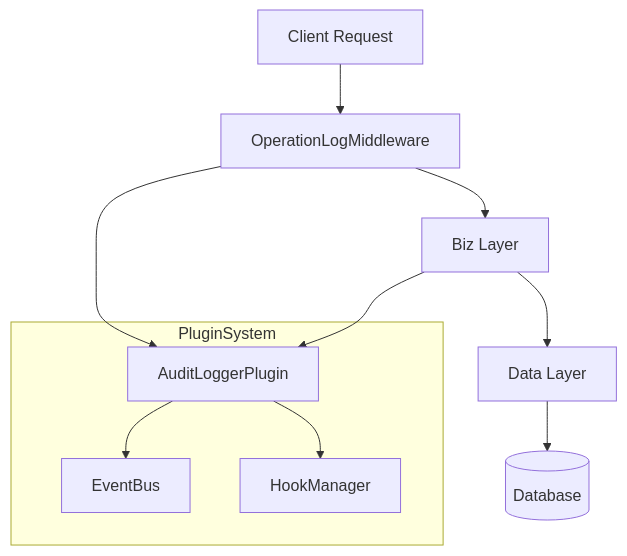
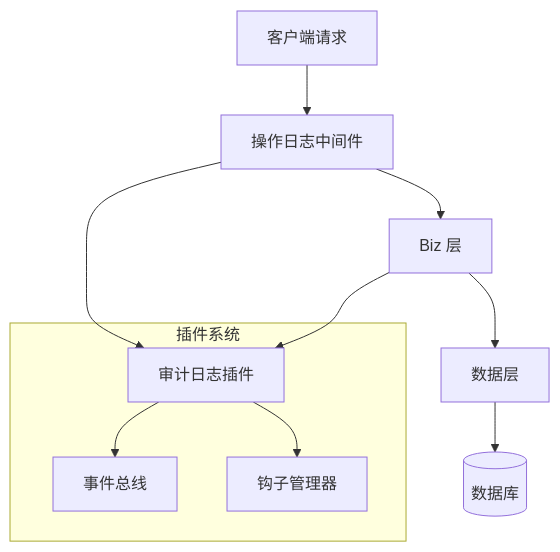
Before and after one commit to 26huitailang/kratos-boilerplate: the first of 4 diagrams in .qoder/repowiki/zh/content/Backend Services/Operation Logging.md, drawn with Mermaid. The commit also changed other lines of this file and 31 other files, not shown here.

````diff
--- a/.qoder/repowiki/zh/content/Backend Services/Operation Logging.md
+++ b/.qoder/repowiki/zh/content/Backend Services/Operation Logging.md
@@ -80,16 +87,16 @@
 ```mermaid
 graph TB
-Client[Client Request] --> Middleware[OperationLogMiddleware]
-Middleware --> Biz[Biz Layer]
-Biz --> Data[Data Layer]
-Data --> DB[(Database)]
-subgraph PluginSystem
-AuditPlugin[AuditLoggerPlugin]
-EventBus[EventBus]
-HookManager[HookManager]
+Client[客户端请求] --> Middleware[操作日志中间件]
+Middleware --> Biz[Biz 层]
+Biz --> Data[数据层]
+Data --> DB[(数据库)]
+subgraph 插件系统
+AuditPlugin[审计日志插件]
+EventBus[事件总线]
+HookManager[钩子管理器]
 end
 Middleware --> AuditPlugin
 Biz --> AuditPlugin
 AuditPlugin --> EventBus
 AuditPlugin --> HookManager
 ```
````
